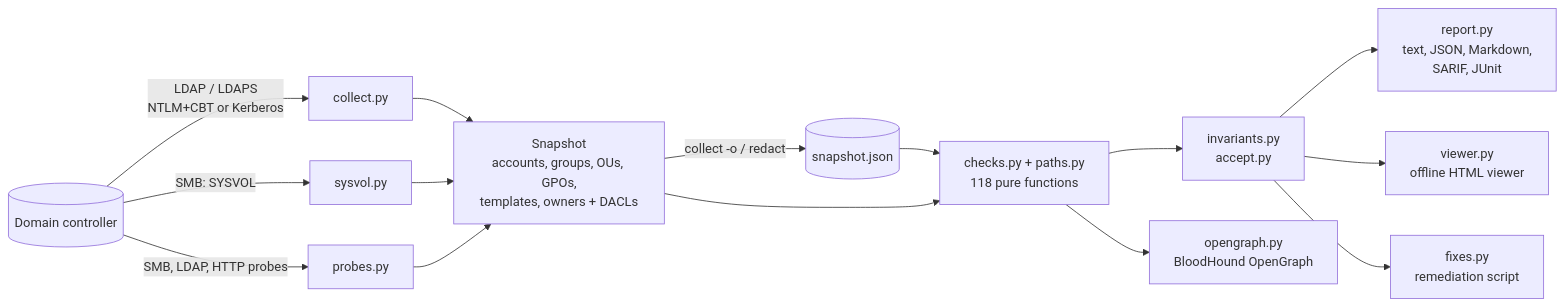
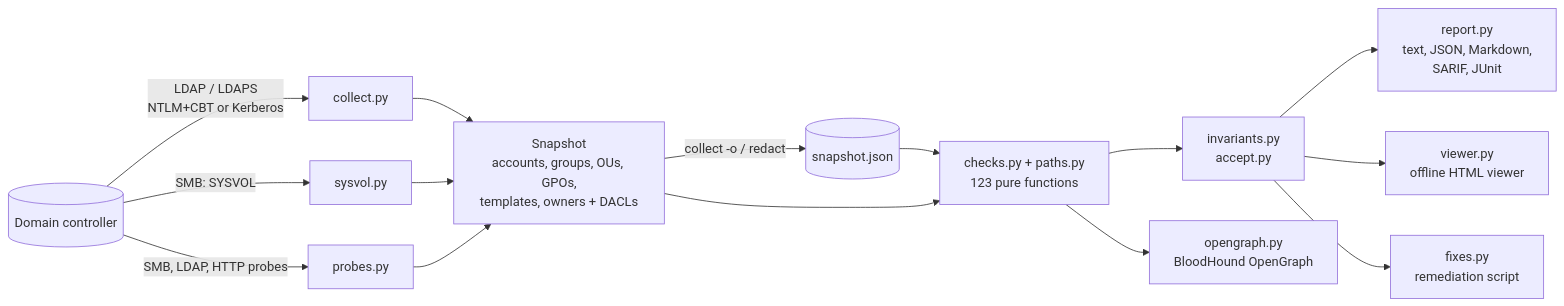
Before and after one commit to brkozer/ad-doctor: the diagram in README.md, drawn with Mermaid. The commit also changed other lines of this file and 17 other files, not shown here.

````diff
--- a/README.md
+++ b/README.md
@@ -475,17 +495,17 @@
 ```mermaid
 flowchart LR
     DC[(Domain controller)] -- "LDAP / LDAPS<br/>NTLM+CBT or Kerberos" --> C[collect.py]
     DC -- "SMB: SYSVOL" --> V[sysvol.py]
     DC -- "SMB, LDAP, HTTP probes" --> P[probes.py]
     C --> S[Snapshot<br/>accounts, groups, OUs, GPOs,<br/>templates, owners + DACLs]
     V --> S
     P --> S
     S -- "collect -o / redact" --> F[(snapshot.json)]
     F --> A
-    S --> A[checks.py + paths.py<br/>118 pure functions]
+    S --> A[checks.py + paths.py<br/>123 pure functions]
     A --> I[invariants.py<br/>accept.py]
     I --> R[report.py<br/>text, JSON, Markdown,<br/>SARIF, JUnit]
     I --> W[viewer.py<br/>offline HTML viewer]
     I --> X[fixes.py<br/>remediation script]
     A --> O[opengraph.py<br/>BloodHound OpenGraph]
 ```
````
